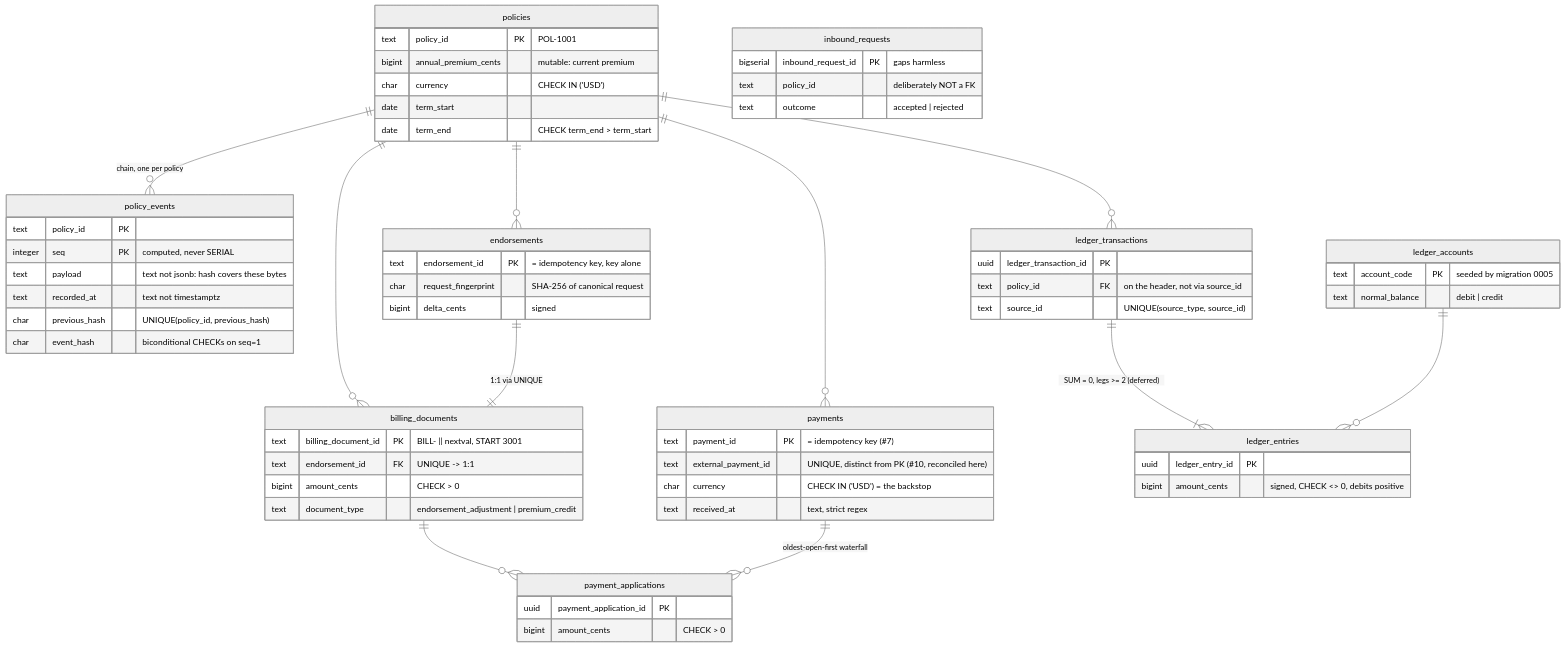
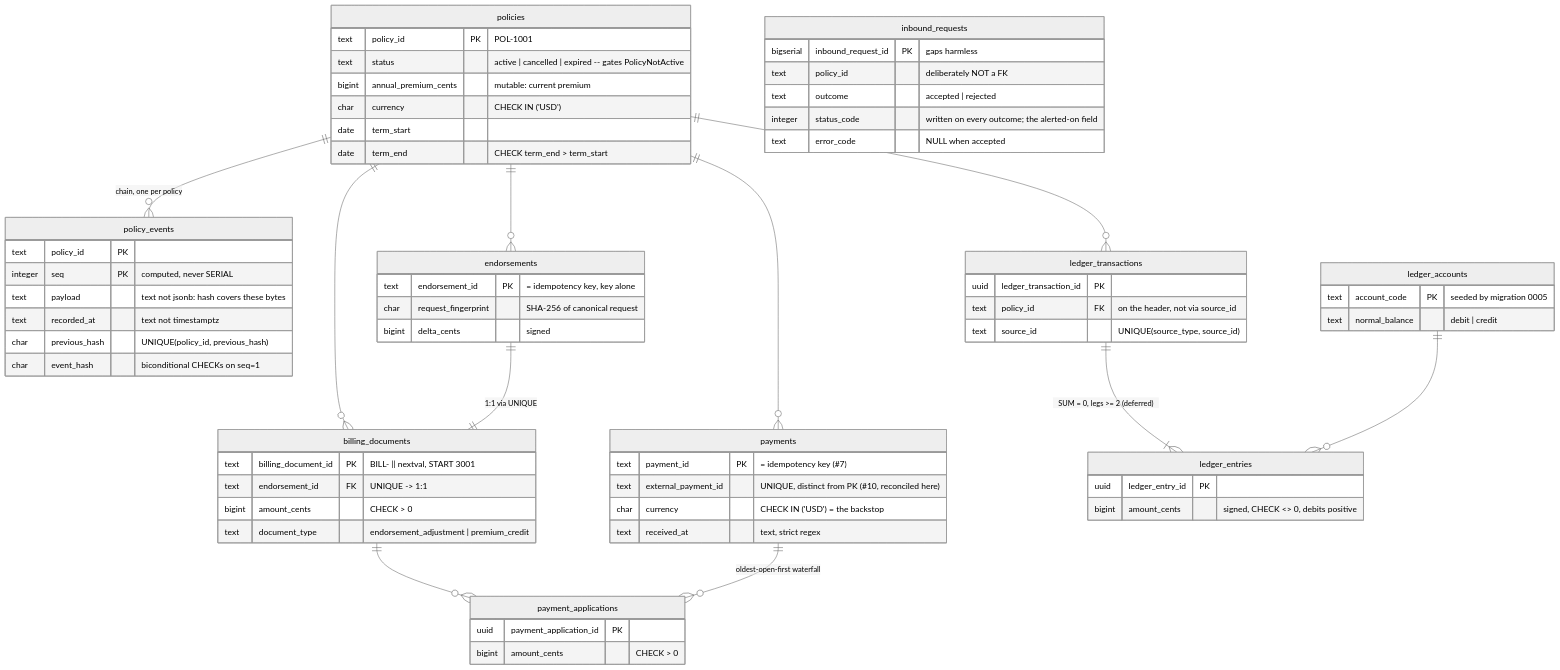
Before and after one commit to angelguzmaning/policy-ledger-service: the second of 2 diagrams in docs/spec/schema-and-transactions.md, drawn with Mermaid (neutral theme). The commit also changed other lines of this file and 1 other file, not shown here.

First line of the commit message:
Mark the ERD as abridged and add the columns other diagrams rely on

````diff
--- a/docs/spec/schema-and-transactions.md
+++ b/docs/spec/schema-and-transactions.md
@@ -451,68 +455,71 @@
 ```mermaid
 erDiagram
     policies ||--o{ policy_events : "chain, one per policy"
     policies ||--o{ endorsements : ""
     policies ||--o{ payments : ""
     policies ||--o{ billing_documents : ""
     policies ||--o{ ledger_transactions : ""
     endorsements ||--|| billing_documents : "1:1 via UNIQUE"
     billing_documents ||--o{ payment_applications : ""
     payments ||--o{ payment_applications : "oldest-open-first waterfall"
     ledger_transactions ||--|{ ledger_entries : "SUM = 0, legs >= 2 (deferred)"
     ledger_accounts ||--o{ ledger_entries : ""
 
     policies {
         text policy_id PK "POL-1001"
+        text status "active | cancelled | expired -- gates PolicyNotActive"
         bigint annual_premium_cents "mutable: current premium"
         char currency "CHECK IN ('USD')"
         date term_start
         date term_end "CHECK term_end > term_start"
     }
     policy_events {
         text policy_id PK
         integer seq PK "computed, never SERIAL"
         text payload "text not jsonb: hash covers these bytes"
         text recorded_at "text not timestamptz"
         char previous_hash "UNIQUE(policy_id, previous_hash)"
         char event_hash "biconditional CHECKs on seq=1"
     }
     endorsements {
         text endorsement_id PK "= idempotency key, key alone"
         char request_fingerprint "SHA-256 of canonical request"
         bigint delta_cents "signed"
     }
     billing_documents {
         text billing_document_id PK "BILL- || nextval, START 3001"
         text endorsement_id FK "UNIQUE -> 1:1"
         bigint amount_cents "CHECK > 0"
         text document_type "endorsement_adjustment | premium_credit"
     }
     payments {
         text payment_id PK "= idempotency key (#7)"
         text external_payment_id "UNIQUE, distinct from PK (#10, reconciled here)"
         char currency "CHECK IN ('USD') = the backstop"
         text received_at "text, strict regex"
     }
     payment_applications {
         uuid payment_application_id PK
         bigint amount_cents "CHECK > 0"
     }
     ledger_transactions {
         uuid ledger_transaction_id PK
         text policy_id FK "on the header, not via source_id"
         text source_id "UNIQUE(source_type, source_id)"
     }
     ledger_entries {
         uuid ledger_entry_id PK
         bigint amount_cents "signed, CHECK <> 0, debits positive"
     }
     ledger_accounts {
         text account_code PK "seeded by migration 0005"
         text normal_balance "debit | credit"
     }
     inbound_requests {
         bigserial inbound_request_id PK "gaps harmless"
         text policy_id "deliberately NOT a FK"
         text outcome "accepted | rejected"
+        integer status_code "written on every outcome; the alerted-on field"
+        text error_code "NULL when accepted"
     }
 ```
````
